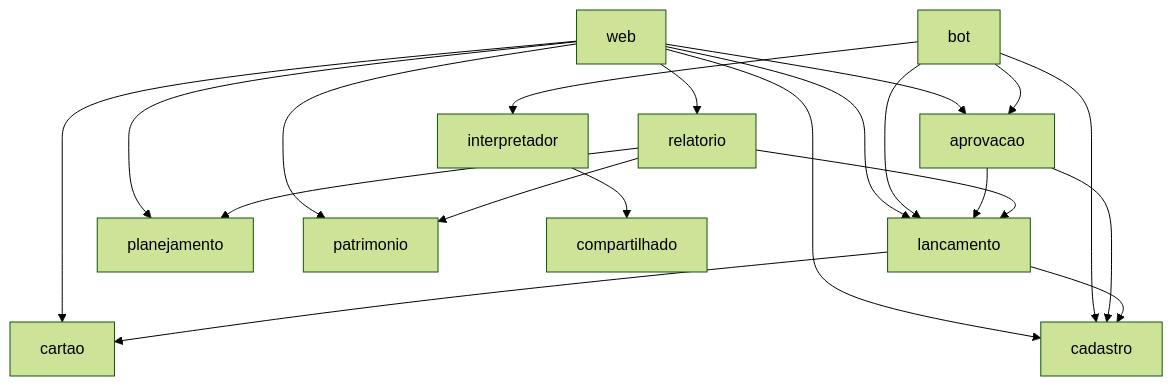
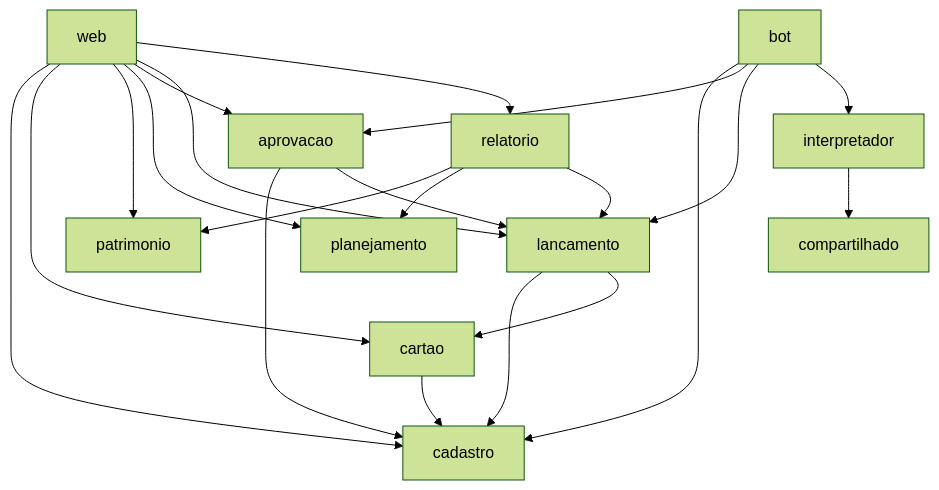
The diagram in docs/design/modulos.md (MarcoTulioSilv/controle-financeiro), drawn with Mermaid (forest theme) before and after one commit. The commit also changed other lines of this file, not shown here.

First line of the commit message:
docs: registra a dependência cartao → cadastro no diagrama de módulos

````diff
--- a/docs/design/modulos.md
+++ b/docs/design/modulos.md
@@ -31,9 +31,10 @@
 ```mermaid
 flowchart TD
     web --> relatorio & lancamento & aprovacao & planejamento & patrimonio & cartao & cadastro
     bot --> interpretador & lancamento & aprovacao & cadastro
     aprovacao --> lancamento & cadastro
     lancamento --> cartao & cadastro
+    cartao --> cadastro
     relatorio --> lancamento & planejamento & patrimonio
     interpretador --> compartilhado
 ```
````
